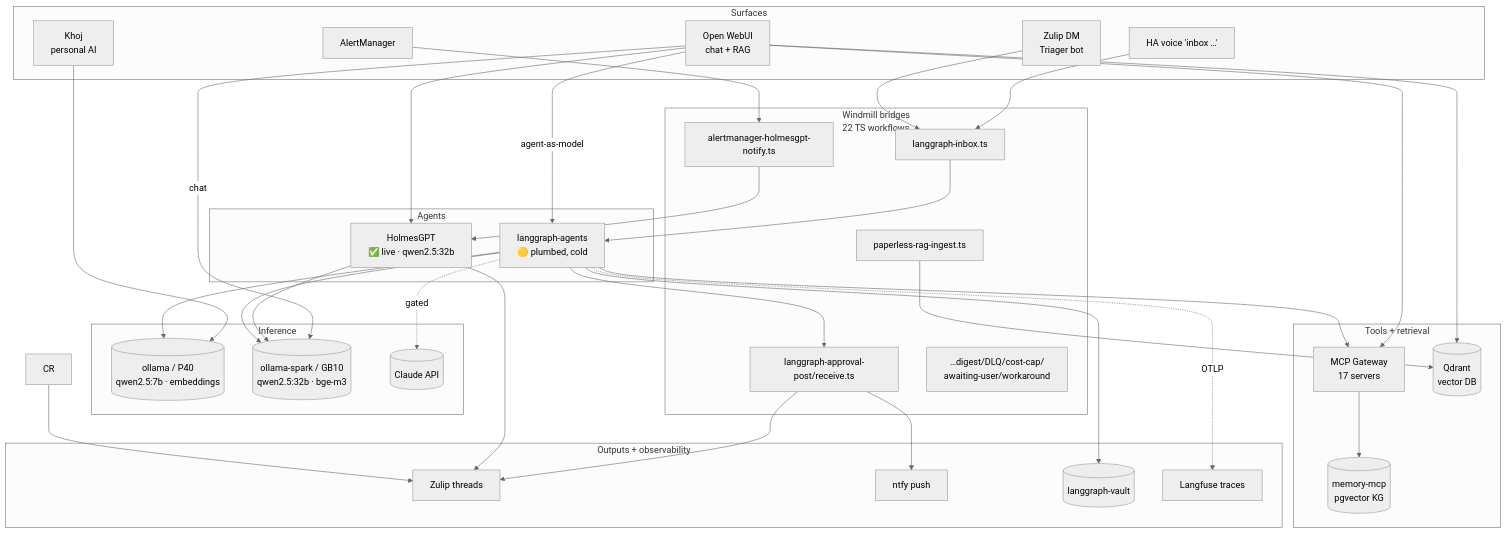
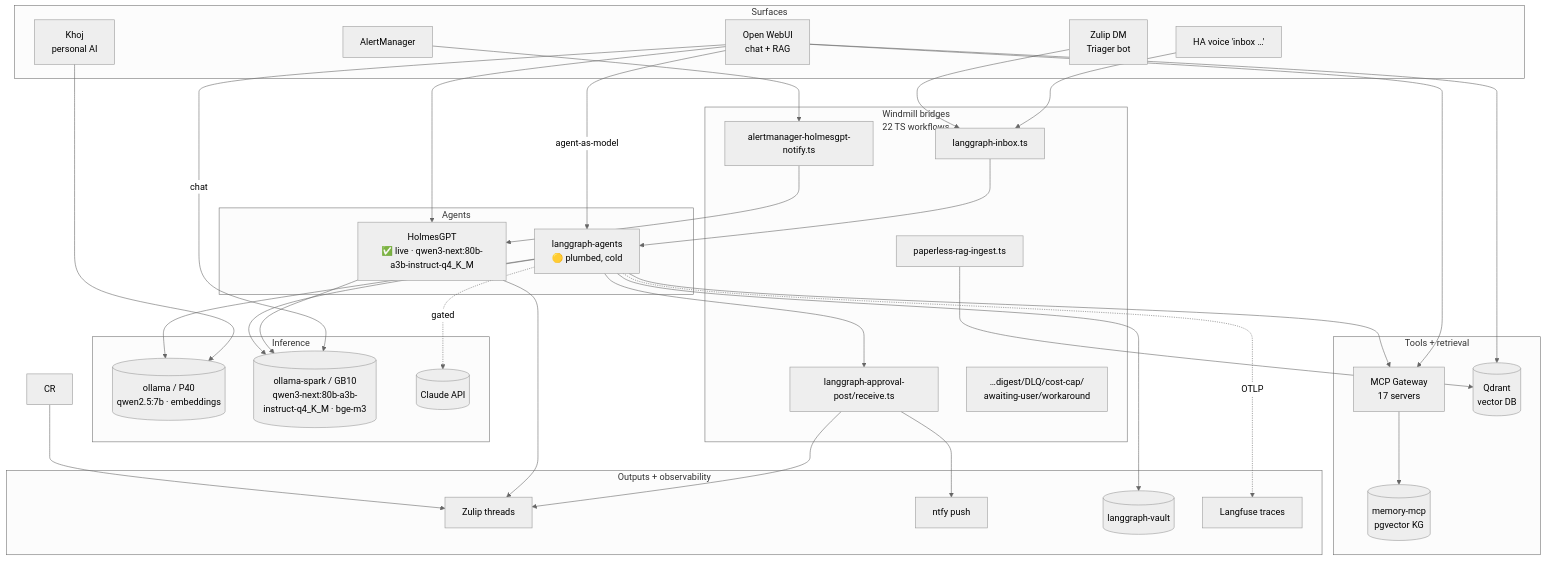
The second of 3 diagrams in README.md (rwlove/home-ops), drawn with Mermaid (neutral theme) before and after one commit. The commit also changed other lines of this file and 7 other files, not shown here.

First line of the commit message:
feat(ai): retarget consumers qwen2.5:32b -> qwen3-next (HolmesGPT, routing-policy, docs) (#12458)

````diff
--- a/README.md
+++ b/README.md
@@ -316,63 +316,63 @@
 ```mermaid
 flowchart TB
     subgraph Surfaces[Surfaces]
         OWUI[Open WebUI<br/>chat + RAG]
         Khoj[Khoj<br/>personal AI]
         Voice[HA voice 'inbox …']
         ZulipDM[Zulip DM<br/>Triager bot]
         AM[AlertManager]
     end
 
     subgraph Bridges[Windmill bridges<br/>22 TS workflows]
         WInbox[langgraph-inbox.ts]
         WAlert[alertmanager-holmesgpt-notify.ts]
         WApprove[langgraph-approval-post/receive.ts]
         WPaperless[paperless-rag-ingest.ts]
         WOther[…digest/DLQ/cost-cap/<br/>awaiting-user/workaround]
     end
 
     subgraph Agents[Agents]
-        Holmes[HolmesGPT<br/>✅ live · qwen2.5:32b]
+        Holmes[HolmesGPT<br/>✅ live · qwen3-next:80b-a3b-instruct-q4_K_M]
         LG[langgraph-agents<br/>🟡 plumbed, cold]
     end
 
     subgraph Inference[Inference]
         OllamaP40[(ollama / P40<br/>qwen2.5:7b · embeddings)]
-        OllamaSpark[(ollama-spark / GB10<br/>qwen2.5:32b · bge-m3)]
+        OllamaSpark[(ollama-spark / GB10<br/>qwen3-next:80b-a3b-instruct-q4_K_M · bge-m3)]
         Claude[(Claude API)]
     end
 
     subgraph Tools[Tools + retrieval]
         Gw[MCP Gateway<br/>17 servers]
         Q[(Qdrant<br/>vector DB)]
         Mem[(memory-mcp<br/>pgvector KG)]
     end
 
     subgraph Outputs[Outputs + observability]
         Zulip[Zulip threads]
         Ntfy[ntfy push]
         Vault[(langgraph-vault)]
         LF[Langfuse traces]
     end
 
     Voice --> WInbox --> LG
     ZulipDM --> WInbox
     OWUI -->|chat| OllamaSpark
     OWUI -->|agent-as-model| LG
     OWUI --> Gw
     OWUI --> Holmes
     OWUI --> Q
     Khoj --> OllamaP40
     AM --> WAlert --> Holmes
     Holmes --> OllamaSpark
     LG --> OllamaSpark
     LG --> OllamaP40
     LG -.->|gated| Claude
     LG --> Gw --> Mem
     LG -.->|OTLP| LF
     WPaperless --> Q
     LG --> WApprove --> Zulip & Ntfy
     LG --> Vault
     Holmes --> Zulip
     CR --> Zulip
 ```
````
